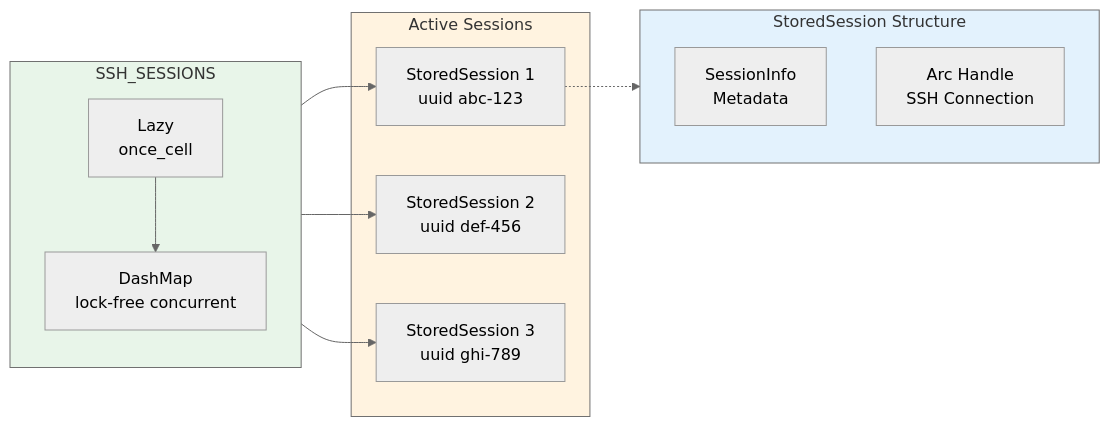
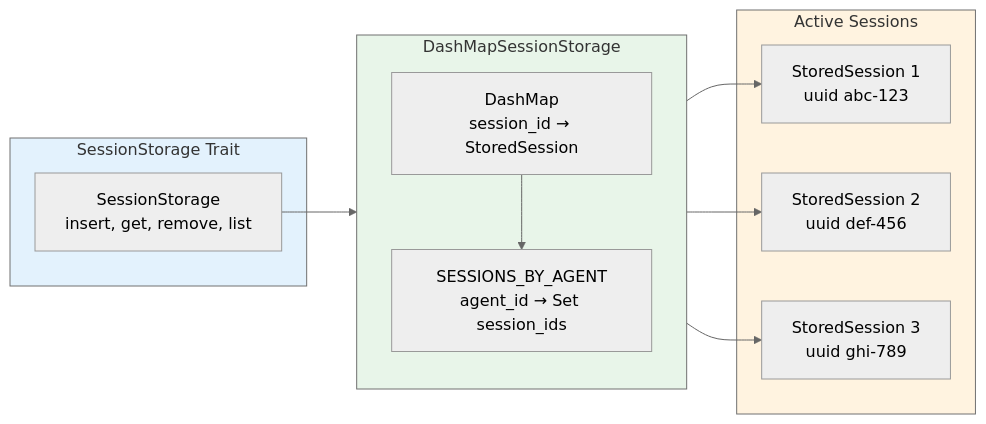
The fifth of 11 diagrams in docs/ARCHITECTURE.md (farchanjo/ssh-mcp), drawn with Mermaid (neutral theme) before and after one commit. The commit also changed other lines of this file and 2 other files, not shown here.

First line of the commit message:
docs: update all documentation for SOLID architecture

````diff
--- a/docs/ARCHITECTURE.md
+++ b/docs/ARCHITECTURE.md
@@ -498,31 +565,29 @@
 ```mermaid
 flowchart LR
-    subgraph Storage["SSH_SESSIONS"]
+    subgraph Abstraction["SessionStorage Trait"]
+        Trait["SessionStorage<br/>insert, get, remove, list"]
+    end
+
+    subgraph Implementation["DashMapSessionStorage"]
         direction TB
-        Lazy["Lazy<br/>once_cell"]
-        DashMap["DashMap<br/>lock-free concurrent"]
+        Primary["DashMap<br/>session_id → StoredSession"]
+        Secondary["SESSIONS_BY_AGENT<br/>agent_id → Set session_ids"]
 
-        Lazy --> DashMap
+        Primary --> Secondary
     end
 
     subgraph Sessions["Active Sessions"]
         S1["StoredSession 1<br/>uuid abc-123"]
         S2["StoredSession 2<br/>uuid def-456"]
         S3["StoredSession 3<br/>uuid ghi-789"]
     end
 
-    DashMap --> S1
-    DashMap --> S2
-    DashMap --> S3
+    Trait --> Implementation
+    Primary --> S1
+    Primary --> S2
+    Primary --> S3
 
-    subgraph SessionDetail["StoredSession Structure"]
-        Info["SessionInfo<br/>Metadata"]
-        Handle["Arc Handle<br/>SSH Connection"]
-    end
-
-    S1 -.-> SessionDetail
-
-    style Storage fill:#e8f5e9
+    style Abstraction fill:#e3f2fd
+    style Implementation fill:#e8f5e9
     style Sessions fill:#fff3e0
-    style SessionDetail fill:#e3f2fd
 ```
````
